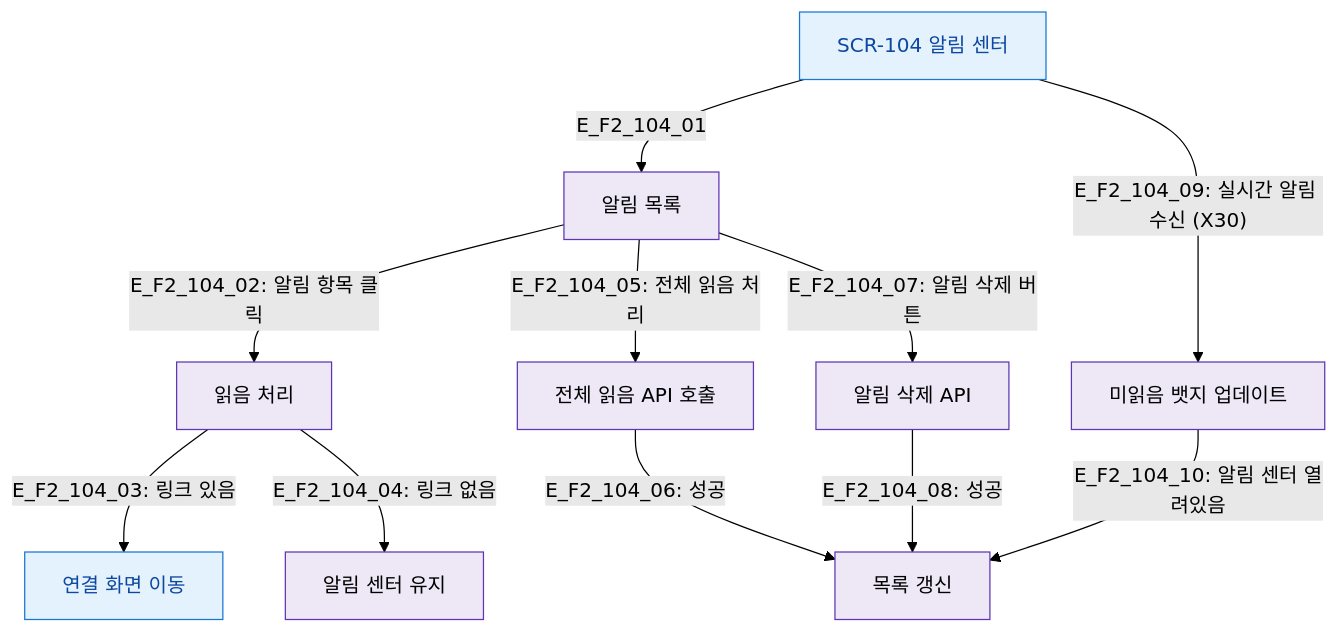
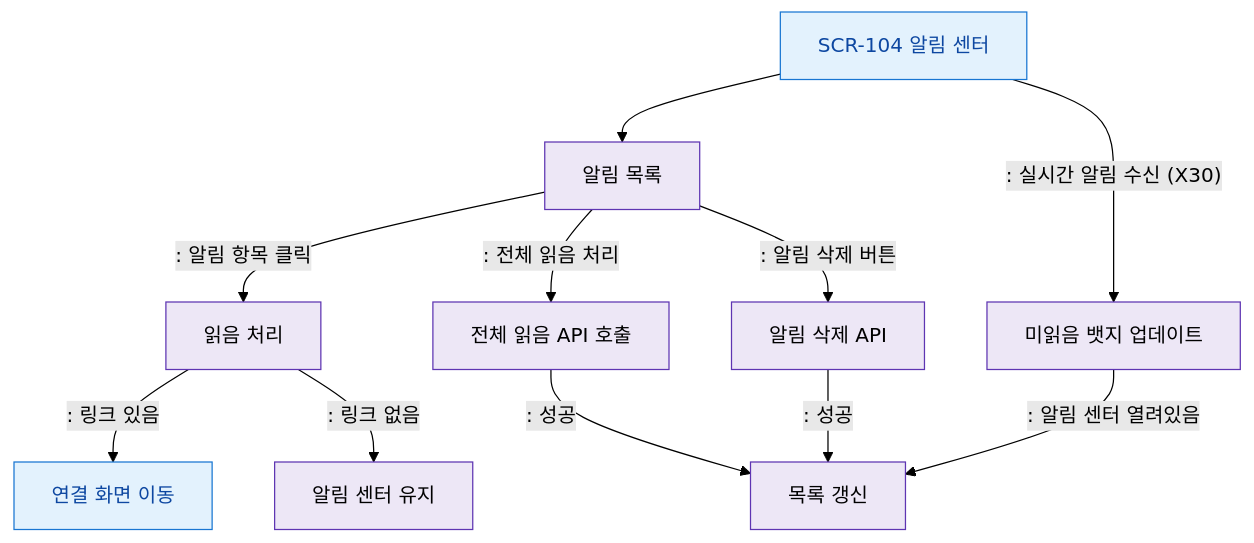
The diagram in docs/다이어그램/D01_공통/SCR-104_알림센터/F2_메인.md (dev-spogym/admin-pando), drawn with Mermaid (forest theme) before and after one commit. The commit also changed other lines of this file and 1660 other files, not shown here.

First line of the commit message:
다이어그램: 기획자/클라이언트 납품본으로 정리

````diff
--- a/docs/다이어그램/D01_공통/SCR-104_알림센터/F2_메인.md
+++ b/docs/다이어그램/D01_공통/SCR-104_알림센터/F2_메인.md
@@ -19,23 +17,23 @@
 ```mermaid
 flowchart TD
-    SCR_104[SCR-104 알림 센터] -->|E_F2_104_01| NOTIF_LIST[알림 목록]
+    SCR_104[SCR-104 알림 센터] --> NOTIF_LIST[알림 목록]
 
-    NOTIF_LIST -->|"E_F2_104_02: 알림 항목 클릭"| MARK_READ[읽음 처리]
-    MARK_READ -->|"E_F2_104_03: 링크 있음"| NAV[연결 화면 이동]
-    MARK_READ -->|"E_F2_104_04: 링크 없음"| STAY[알림 센터 유지]
+    NOTIF_LIST -->|": 알림 항목 클릭"|MARK_READ[읽음 처리]
+    MARK_READ -->|": 링크 있음"|NAV[연결 화면 이동]
+    MARK_READ -->|": 링크 없음"|STAY[알림 센터 유지]
 
-    NOTIF_LIST -->|"E_F2_104_05: 전체 읽음 처리"| MARK_ALL[전체 읽음 API 호출]
-    MARK_ALL -->|"E_F2_104_06: 성공"| REFRESH_LIST[목록 갱신]
+    NOTIF_LIST -->|": 전체 읽음 처리"|MARK_ALL[전체 읽음 API 호출]
+    MARK_ALL -->|": 성공"|REFRESH_LIST[목록 갱신]
 
-    NOTIF_LIST -->|"E_F2_104_07: 알림 삭제 버튼"| DEL_NOTIF[알림 삭제 API]
-    DEL_NOTIF -->|"E_F2_104_08: 성공"| REFRESH_LIST
+    NOTIF_LIST -->|": 알림 삭제 버튼"|DEL_NOTIF[알림 삭제 API]
+    DEL_NOTIF -->|": 성공"|REFRESH_LIST
 
-    SCR_104 -->|"E_F2_104_09: 실시간 알림 수신 (X30)"| NEW_BADGE[미읽음 뱃지 업데이트]
-    NEW_BADGE -->|"E_F2_104_10: 알림 센터 열려있음"| REFRESH_LIST
+    SCR_104 -->|": 실시간 알림 수신 (X30)"|NEW_BADGE[미읽음 뱃지 업데이트]
+    NEW_BADGE -->|": 알림 센터 열려있음"|REFRESH_LIST
 
-    classDef screen   fill:#E3F2FD,stroke:#1976D2,color:#0D47A1
-    classDef system   fill:#EDE7F6,stroke:#5E35B2
+    classDef screen fill:#E3F2FD,stroke:#1976D2,color:#0D47A1
+    classDef system fill:#EDE7F6,stroke:#5E35B2
     classDef external fill:#F3E5F5,stroke:#7B1FA2,stroke-dasharray:3 3
     class SCR_104,NAV screen
     class NOTIF_LIST,MARK_READ,MARK_ALL,DEL_NOTIF,REFRESH_LIST,STAY,NEW_BADGE system
 ```
````
